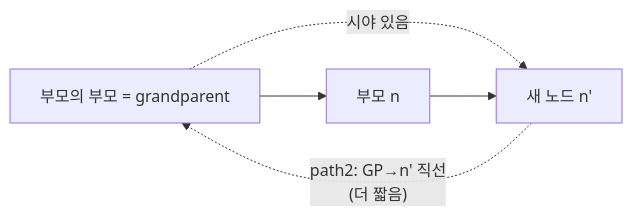
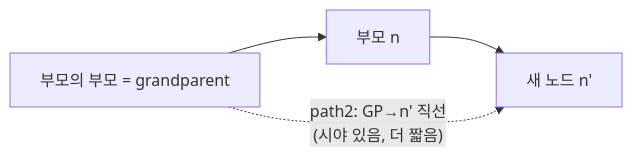
One commit to Rein-ArXiv/game-dev-curriculum changed the seventh of 10 diagrams in ai/part07_advanced_pathfinding.md. Above: the diagram before and after it, drawn with Mermaid. The commit also changed other lines of this file and 279 other files, not shown here.

````diff
--- a/ai/part07_advanced_pathfinding.md
+++ b/ai/part07_advanced_pathfinding.md
@@ -359,7 +373,6 @@
 ```mermaid
 flowchart LR
-    GP[부모의 부모 = grandparent] -.->|시야 있음| NP[새 노드 n']
-    GP --> P[부모 n]
-    P --> NP
-    NP -.->|"path2: GP→n' 직선<br/>(더 짧음)"| GP
+    GP[부모의 부모 = grandparent] --> P[부모 n]
+    P --> NP[새 노드 n']
+    GP -.->|"path2: GP→n' 직선<br/>(시야 있음, 더 짧음)"| NP
 ```
````
